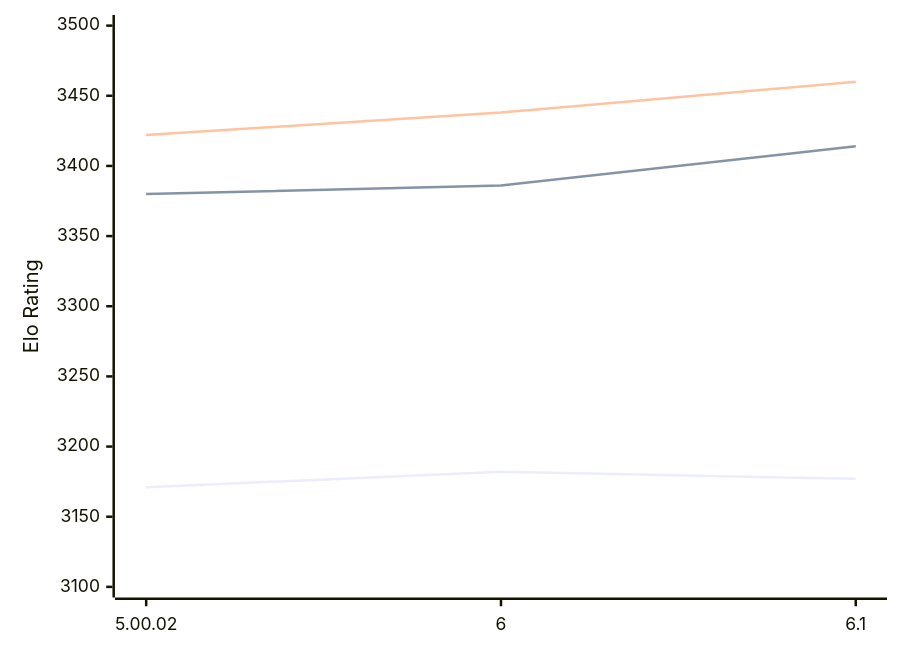
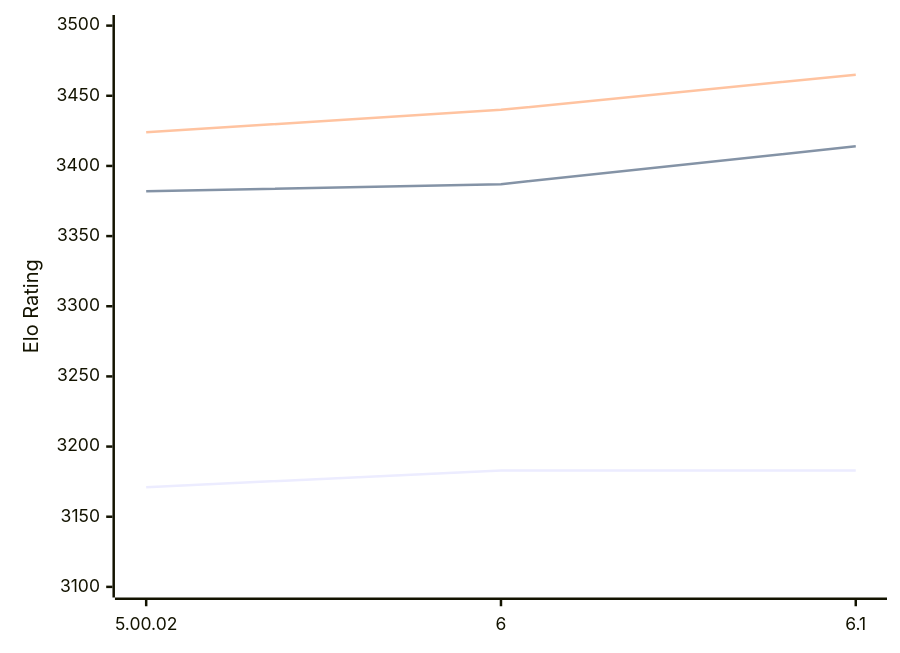
The diagram in engines/Zangdar.md (computer-chess-index/cci), drawn with Mermaid before and after one commit. The commit also changed other lines of this file, not shown here.

Commit message:
Update CCI Ratings (ELO VLTC) - 2026-02-13

````diff
--- a/engines/Zangdar.md
+++ b/engines/Zangdar.md
@@ -42,9 +42,9 @@
 ```mermaid
 %%{init: {"theme":"base","themeVariables":{"seriesColors:['#a3a3a3','#222221','#faa371']}}}%%
 xychart-beta
   x-axis ["5.00.02", "6", "6.1"]
   y-axis "Elo Rating" 3100 --> 3500
-  line "STC (8.0+0.08s)" [3171, 3182, 3177]
-  line "LTC (60.0+0.60s)" [3380, 3386, 3414]
-  line "VLTC (2m24s+1.12s)" [3422, 3438, 3460]
+  line "STC (8.0+0.08s)" [3171, 3183, 3183]
+  line "LTC (60.0+0.60s)" [3382, 3387, 3414]
+  line "VLTC (2m24s+1.12s)" [3424, 3440, 3465]
 ```
````
